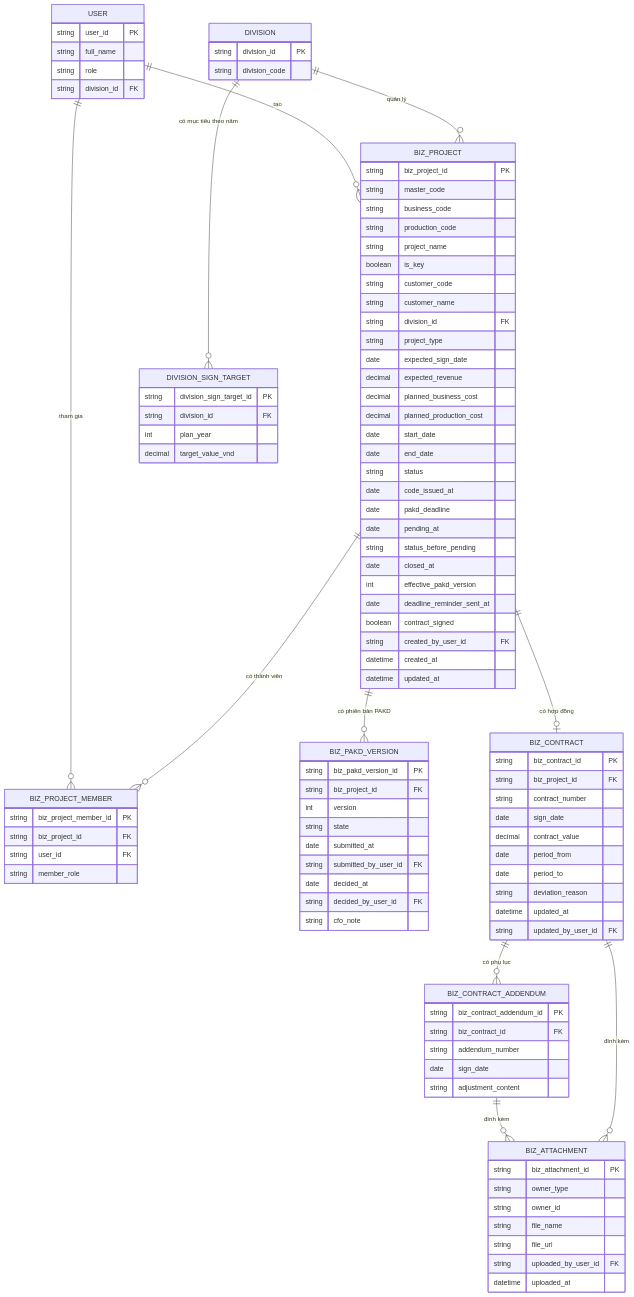
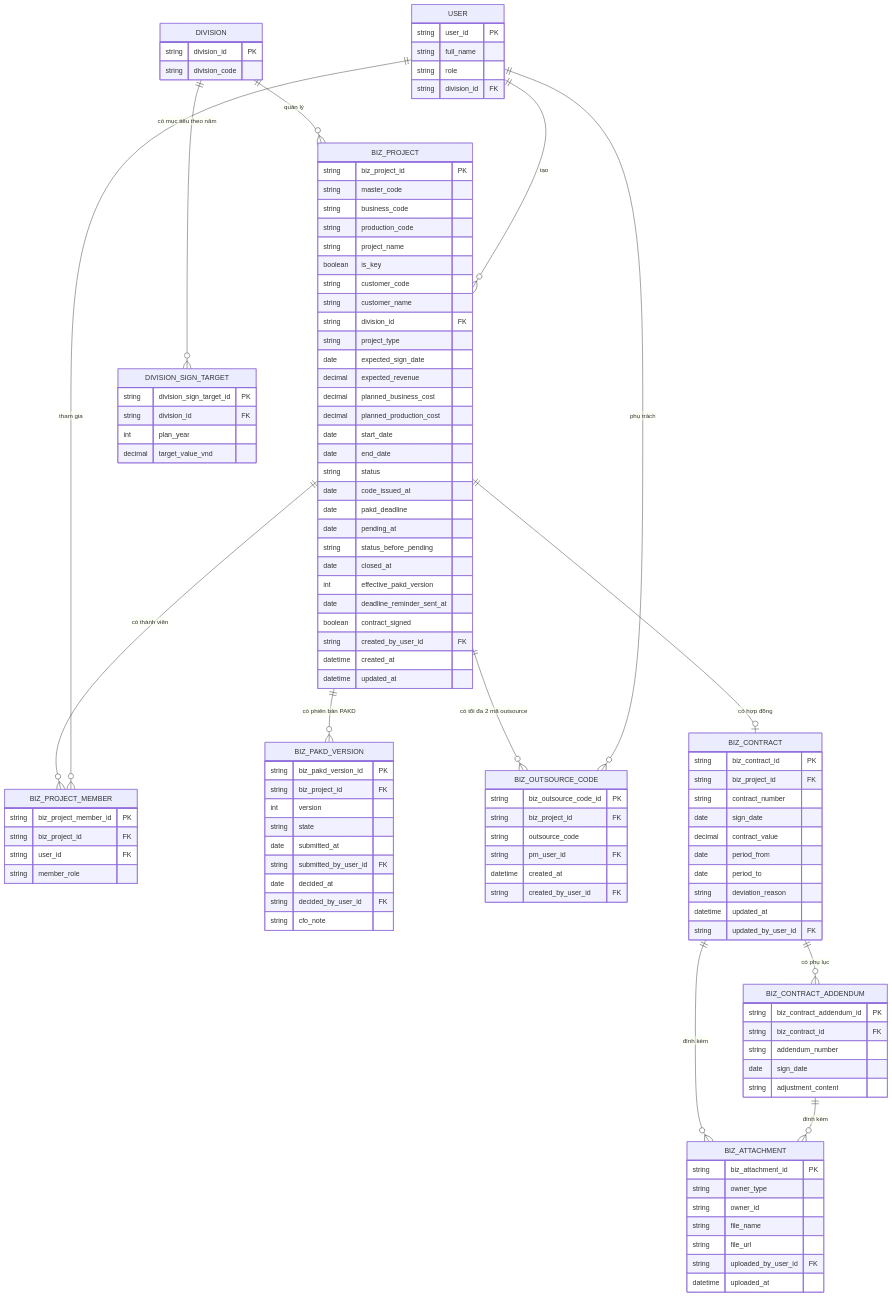
One commit to Aslan955/Timesheet changed the third of 4 diagrams in docs/srs/SRS_DanhSachDuAn.md. Above: the diagram before and after it, drawn with Mermaid. The commit also changed other lines of this file and 4 other files, not shown here.

```diff
--- a/docs/srs/SRS_DanhSachDuAn.md
+++ b/docs/srs/SRS_DanhSachDuAn.md
@@ -147,6 +148,8 @@
     BIZ_PROJECT ||--o{ BIZ_PROJECT_MEMBER : "có thành viên"
     USER ||--o{ BIZ_PROJECT_MEMBER : "tham gia"
     BIZ_PROJECT ||--o{ BIZ_PAKD_VERSION : "có phiên bản PAKD"
+    BIZ_PROJECT ||--o{ BIZ_OUTSOURCE_CODE : "có tối đa 2 mã outsource"
+    USER ||--o{ BIZ_OUTSOURCE_CODE : "phụ trách"
     BIZ_PROJECT ||--o| BIZ_CONTRACT : "có hợp đồng"
     BIZ_CONTRACT ||--o{ BIZ_CONTRACT_ADDENDUM : "có phụ lục"
     BIZ_CONTRACT ||--o{ BIZ_ATTACHMENT : "đính kèm"
@@ -203,6 +206,15 @@
         string cfo_note
     }
 
+    BIZ_OUTSOURCE_CODE {
+        string biz_outsource_code_id PK
+        string biz_project_id FK
+        string outsource_code
+        string pm_user_id FK
+        datetime created_at
+        string created_by_user_id FK
+    }
+
     BIZ_CONTRACT {
         string biz_contract_id PK
         string biz_project_id FK
```
